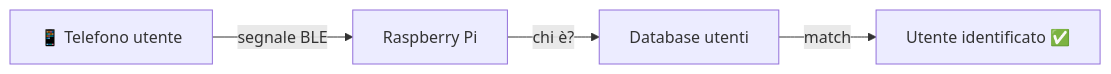
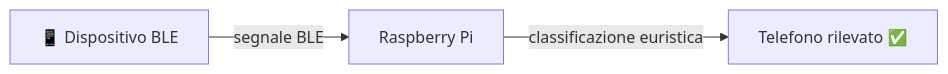
The first of 2 diagrams in docs/panoramica/componenti.md (ScalabrinSimone/GateKeeper), drawn with Mermaid before and after one commit. The commit also changed other lines of this file and 10 other files, not shown here.

````diff
--- a/docs/panoramica/componenti.md
+++ b/docs/panoramica/componenti.md
@@ -61,6 +61,5 @@
 ```mermaid
 graph LR
-    A[📱 Telefono utente] -->|segnale BLE| B[Raspberry Pi]
-    B -->|chi è?| C[Database utenti]
-    C -->|match| D[Utente identificato ✅]
+    A[📱 Dispositivo BLE] -->|segnale BLE| B[Raspberry Pi]
+    B -->|classificazione euristica| C[Telefono rilevato ✅]
 ```
````
